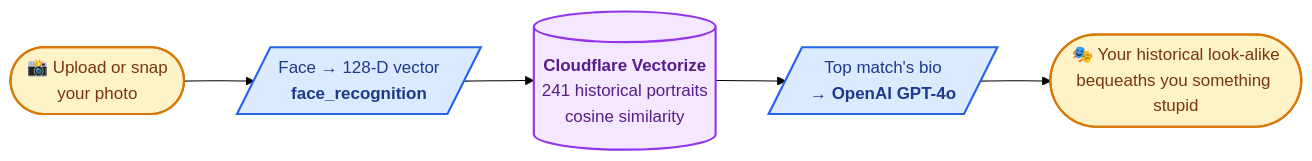
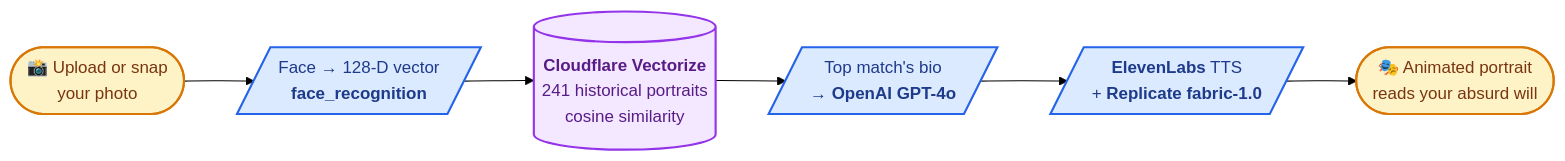
One commit to pranavred/findyourinheritance changed the first of 3 diagrams in README.md. Above: the diagram before and after it, drawn with Mermaid (forest theme). The commit also changed other lines of this file and 1 other file, not shown here.

````diff
--- a/README.md
+++ b/README.md
@@ -5,15 +5,16 @@
 ```mermaid
 flowchart LR
     A([📸 Upload or snap<br/>your photo]) --> B[/Face → 128-D vector<br/><b>face_recognition</b>/]
     B --> C[(<b>Cloudflare Vectorize</b><br/>241 historical portraits<br/>cosine similarity)]
     C --> D[/Top match's bio<br/>→ <b>OpenAI GPT-4o</b>/]
-    D --> E([🎭 Your historical look-alike<br/>bequeaths you something stupid])
+    D --> E[/<b>ElevenLabs</b> TTS<br/>+ <b>Replicate fabric-1.0</b>/]
+    E --> F([🎭 Animated portrait<br/>reads your absurd will])
 
     classDef io fill:#fef3c7,stroke:#d97706,stroke-width:2px,color:#78350f
     classDef proc fill:#dbeafe,stroke:#2563eb,stroke-width:2px,color:#1e3a8a
     classDef db fill:#f3e8ff,stroke:#9333ea,stroke-width:2px,color:#581c87
 
-    class A,E io
-    class B,D proc
+    class A,F io
+    class B,D,E proc
     class C db
 ```
````
